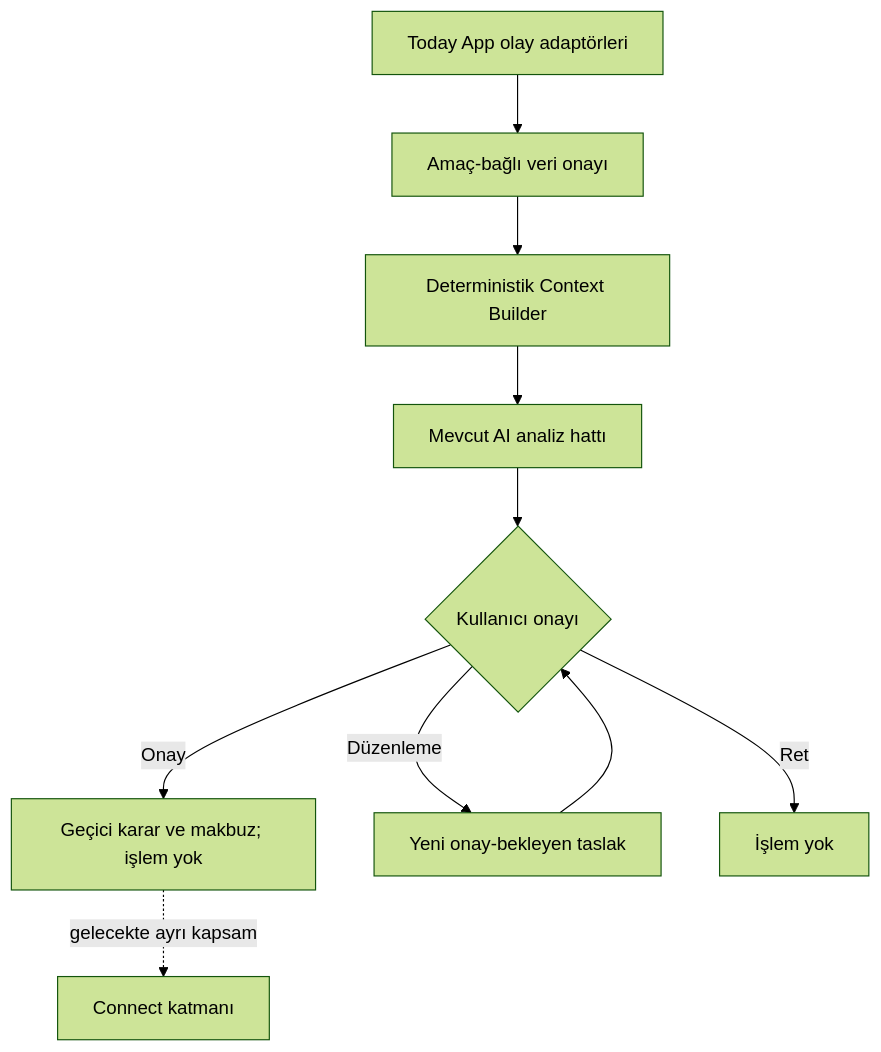
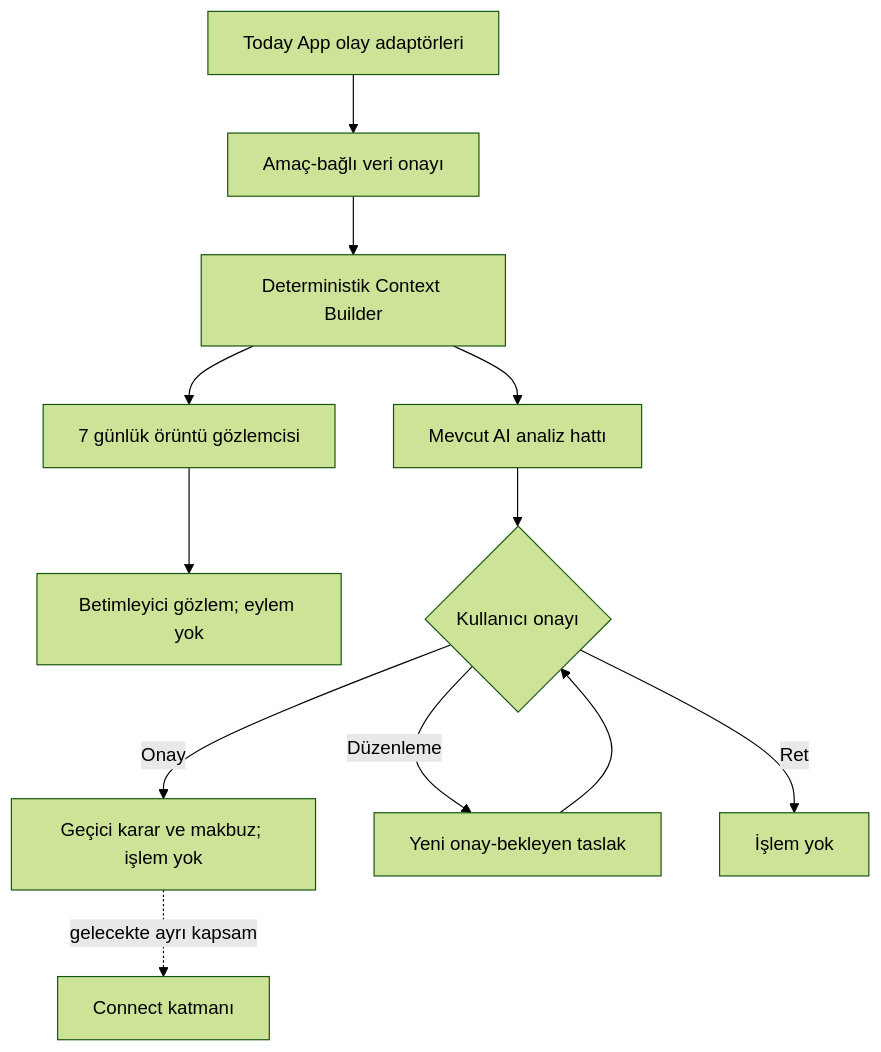
The diagram in Today-AI-Engine/docs/ARCHITECTURE.md (mtayfunturk-collab/Today), drawn with Mermaid (forest theme) before and after one commit. The commit also changed other lines of this file and 7 other files, not shown here.

````diff
--- a/Today-AI-Engine/docs/ARCHITECTURE.md
+++ b/Today-AI-Engine/docs/ARCHITECTURE.md
@@ -25,12 +27,14 @@
 ```mermaid
 flowchart TD
   A["Today App olay adaptörleri"] --> B["Amaç-bağlı veri onayı"]
   B --> C["Deterministik Context Builder"]
   C --> D["Mevcut AI analiz hattı"]
+  C --> J["7 günlük örüntü gözlemcisi"]
+  J --> K["Betimleyici gözlem; eylem yok"]
   D --> E{"Kullanıcı onayı"}
   E -->|"Onay"| F["Geçici karar ve makbuz; işlem yok"]
   E -->|"Düzenleme"| H["Yeni onay-bekleyen taslak"]
   H --> E
   E -->|"Ret"| G["İşlem yok"]
   F -. "gelecekte ayrı kapsam" .-> I["Connect katmanı"]
 ```
````
